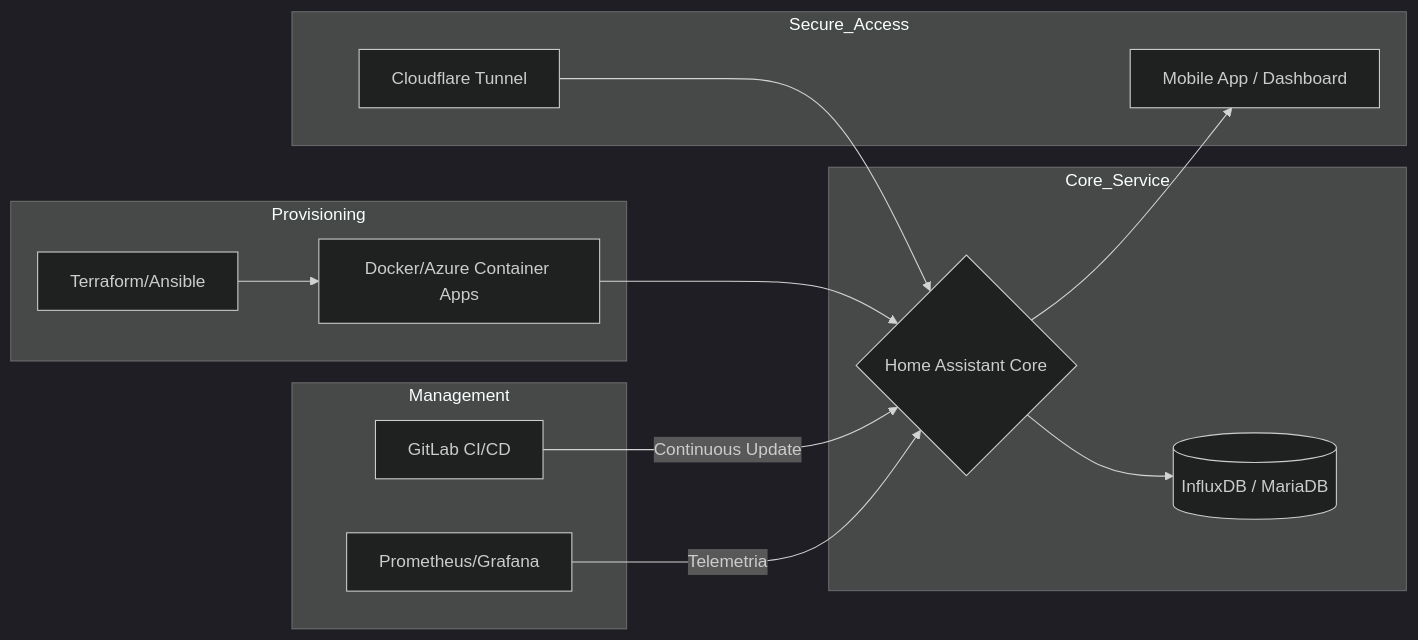
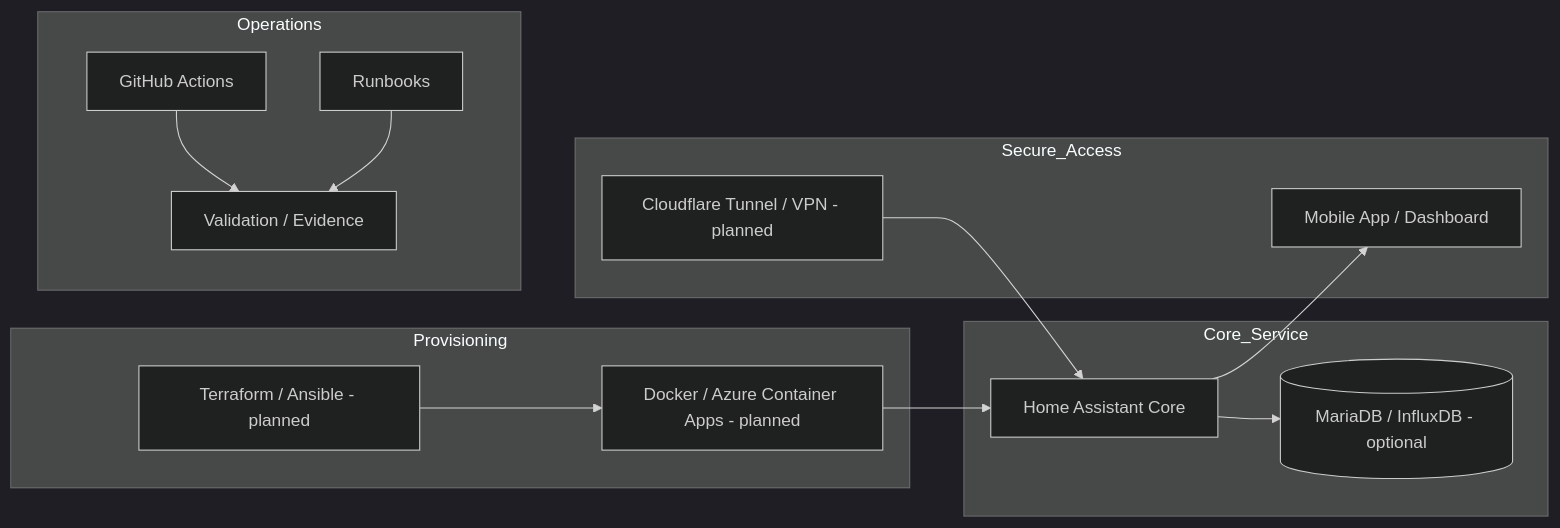
One commit to JonSil89/Home-Assistant-as-a-Service-HAaaS- changed the diagram in README.MD. Above: the diagram before and after it, drawn with Mermaid (dark theme). The commit also changed other lines of this file, not shown here.

Commit message:
Reframe README as realistic HAaaS architecture POC

````diff
--- a/README.MD
+++ b/README.MD
@@ -115,21 +51,21 @@
 ```mermaid
 graph LR
     subgraph Provisioning
-        A[Terraform/Ansible] --> B[Docker/Azure Container Apps]
+        A[Terraform / Ansible - planned] --> B[Docker / Azure Container Apps - planned]
     end
 
     subgraph Core_Service
-        B --> C{Home Assistant Core}
-        C --> D[(InfluxDB / MariaDB)]
+        B --> C[Home Assistant Core]
+        C --> D[(MariaDB / InfluxDB - optional)]
     end
 
-    subgraph Management
-        E[GitLab CI/CD] -->|Continuous Update| C
-        F[Prometheus/Grafana] -->|Telemetria| C
+    subgraph Operations
+        E[GitHub Actions] --> F[Validation / Evidence]
+        G[Runbooks] --> F
     end
 
     subgraph Secure_Access
-        G[Cloudflare Tunnel] --> C
-        C --> H[Mobile App / Dashboard]
+        H[Cloudflare Tunnel / VPN - planned] --> C
+        C --> I[Mobile App / Dashboard]
     end
 ```
````
